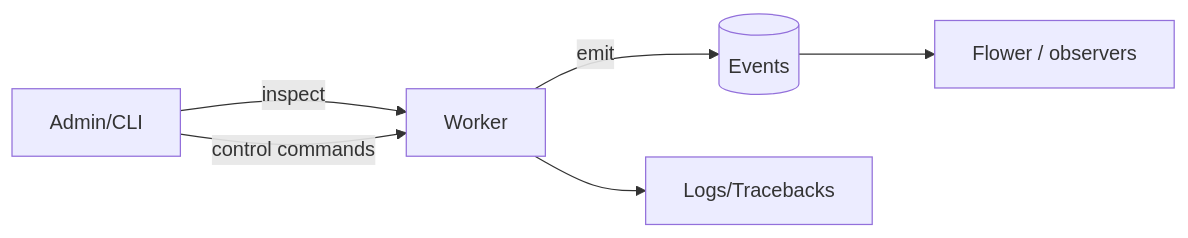
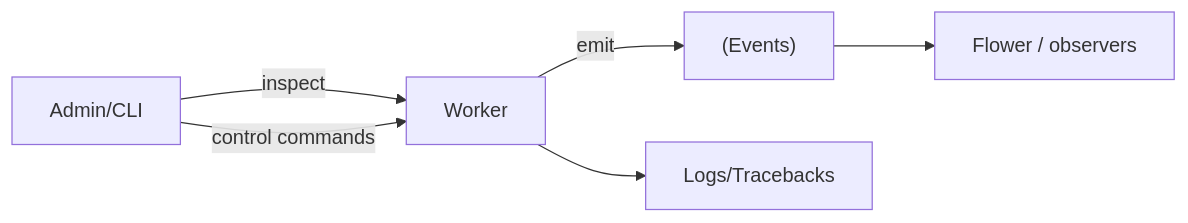
The diagram in directions/services/celery/pact/04_arkhitektura_celery_komponenty_i_ikh_vzaimodeystvie/14_04_4_5_event_system_i_remote_control.md (DDoSKudya/ai-study-atlas), drawn with Mermaid before and after one commit. The commit also changed 322 other files, not shown here.

Commit message:
fix(docs): make mermaid diagrams GitHub-compatible across directions content

````diff
--- a/directions/services/celery/pact/04_arkhitektura_celery_komponenty_i_ikh_vzaimodeystvie/14_04_4_5_event_system_i_remote_control.md
+++ b/directions/services/celery/pact/04_arkhitektura_celery_komponenty_i_ikh_vzaimodeystvie/14_04_4_5_event_system_i_remote_control.md
@@ -180,8 +180,8 @@
 ```mermaid
 flowchart LR
-  W[Worker] -->|emit| E[(Events)]
-  E --> F[Flower / observers]
-  Admin[Admin/CLI] -->|inspect| W
+  W["Worker"] -->|emit| E["(Events)"]
+  E --> F["Flower / observers"]
+  Admin["Admin/CLI"] -->|inspect| W
   Admin -->|control commands| W
-  W --> L[Logs/Tracebacks]
+  W --> L["Logs/Tracebacks"]
 ```
````
